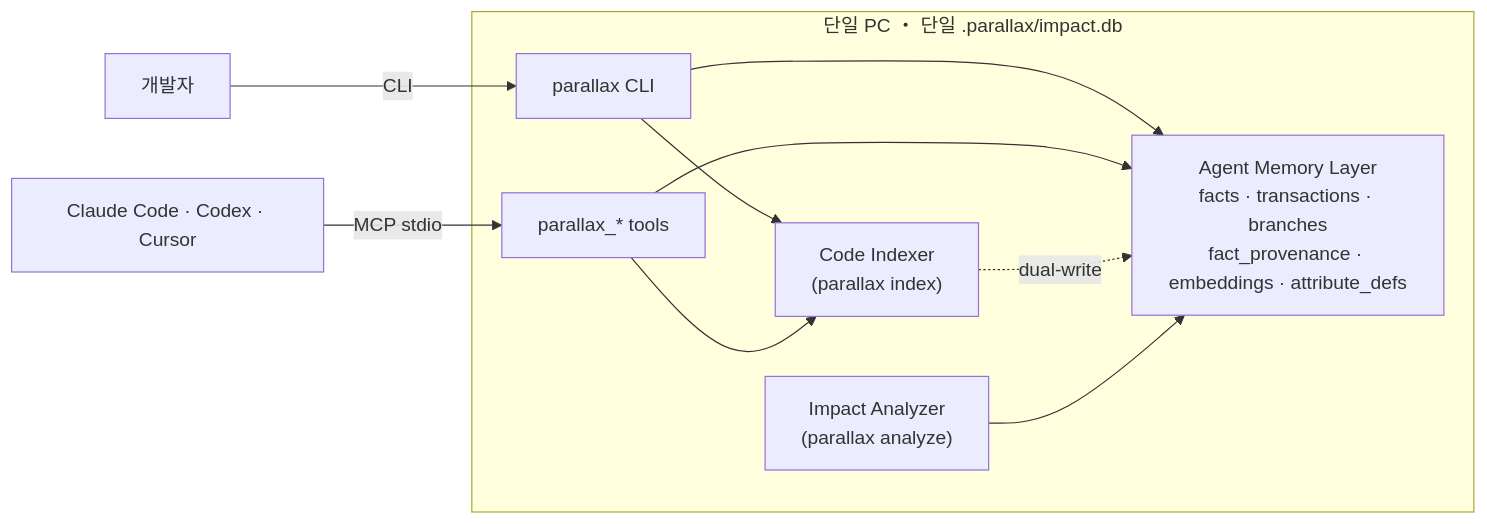
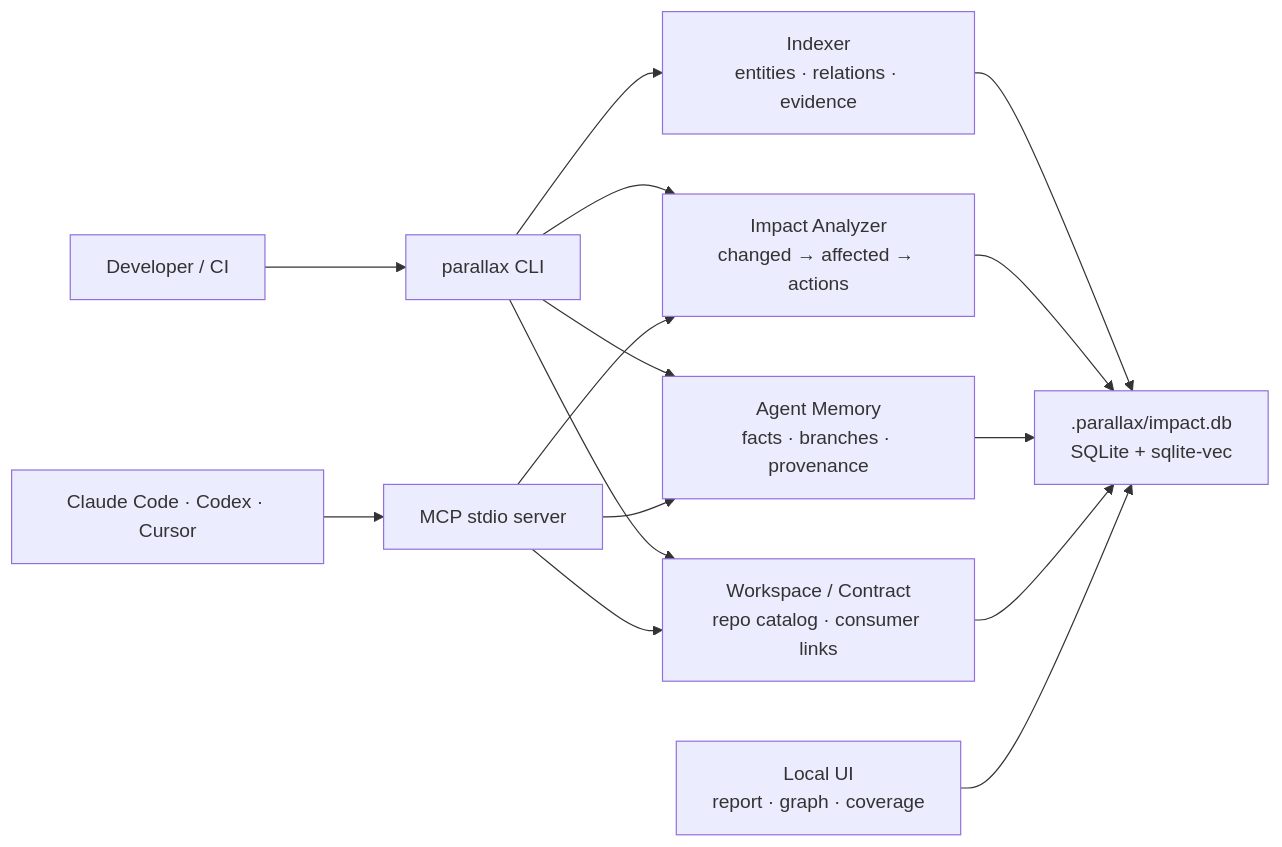
One commit to YouSangSon/Parallax changed the diagram in README.md. Above: the diagram before and after it, drawn with Mermaid. The commit also changed other lines of this file, not shown here.

````diff
--- a/README.md
+++ b/README.md
@@ -107,14 +159,28 @@
 ```mermaid
-graph LR
-  Dev[개발자] -->|CLI| Cli["parallax CLI"]
-  Agent["Claude Code · Codex · Cursor"] -->|MCP stdio| Mcp["parallax_* tools"]
-  subgraph Local[" 단일 PC ・ 단일 .parallax/impact.db "]
-    Cli --> Mem
-    Mcp --> Mem
-    Cli --> Idx
-    Mcp --> Idx
-    Idx["Code Indexer<br/>(parallax index)"] -. dual-write .-> Mem
-    Mem["Agent Memory Layer<br/>facts · transactions · branches<br/>fact_provenance · embeddings · attribute_defs"]
-    Ana["Impact Analyzer<br/>(parallax analyze)"] --> Mem
-  end
+flowchart LR
+    Dev["Developer / CI"]
+    Agent["Claude Code · Codex · Cursor"]
+    CLI["parallax CLI"]
+    MCP["MCP stdio server"]
+    DB[".parallax/impact.db<br/>SQLite + sqlite-vec"]
+    Indexer["Indexer<br/>entities · relations · evidence"]
+    Analyzer["Impact Analyzer<br/>changed → affected → actions"]
+    Memory["Agent Memory<br/>facts · branches · provenance"]
+    Workspace["Workspace / Contract<br/>repo catalog · consumer links"]
+    UI["Local UI<br/>report · graph · coverage"]
+
+    Dev --> CLI
+    Agent --> MCP
+    CLI --> Indexer
+    CLI --> Analyzer
+    CLI --> Memory
+    CLI --> Workspace
+    MCP --> Analyzer
+    MCP --> Memory
+    MCP --> Workspace
+    Indexer --> DB
+    Analyzer --> DB
+    Memory --> DB
+    Workspace --> DB
+    UI --> DB
 ```
````
